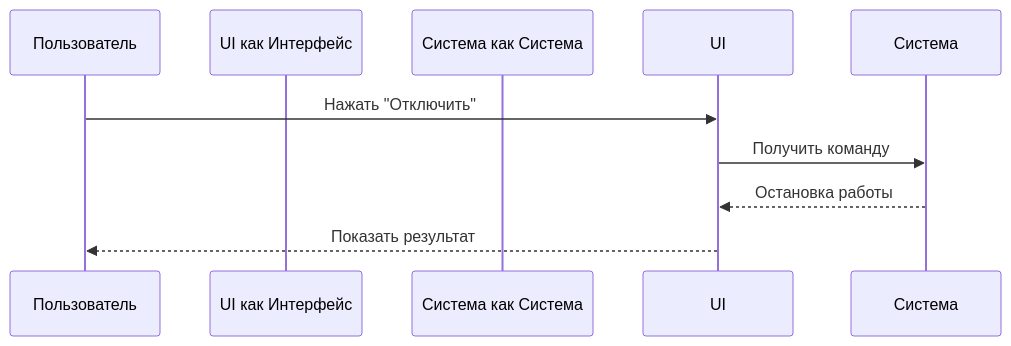
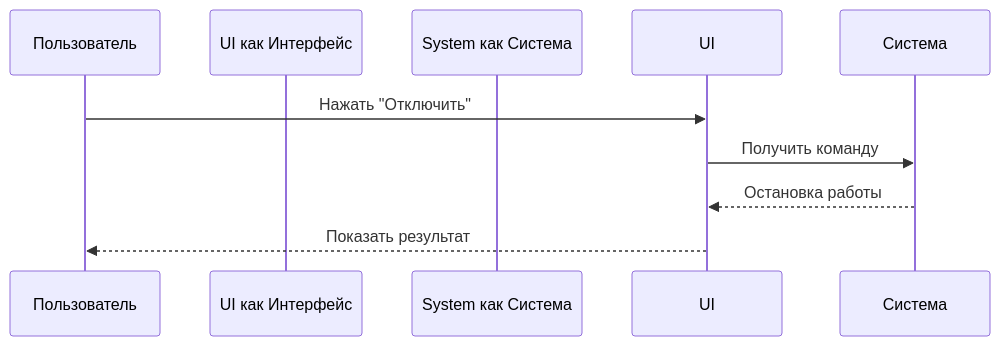
The fourth of 6 diagrams in docs/encyclopedia/1-basics/1-11-soft-ryadovogo-polzovatelya/1.md (Spirzen/it-knowledge-base), drawn with Mermaid before and after one commit. The commit also changed other lines of this file and 1482 other files, not shown here.

````diff
--- a/docs/encyclopedia/1-basics/1-11-soft-ryadovogo-polzovatelya/1.md
+++ b/docs/encyclopedia/1-basics/1-11-soft-ryadovogo-polzovatelya/1.md
@@ -1514,10 +1514,10 @@
 ```mermaid
 sequenceDiagram
     participant User as Пользователь
     participant UI как Интерфейс
-    participant Система как Система
+    participant System как Система
     User->>UI: Нажать "Отключить"
     UI->>Система: Получить команду
     Система-->>UI: Остановка работы
     UI-->>User: Показать результат
 ```
````
